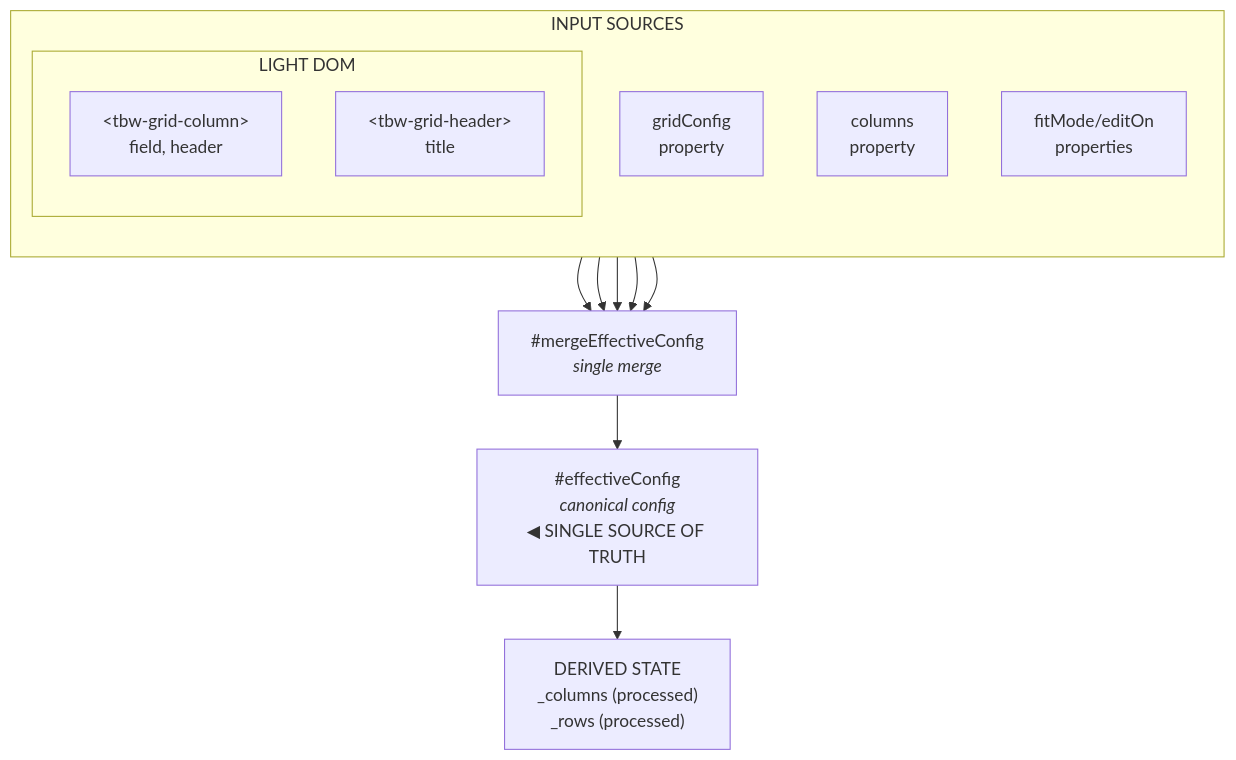
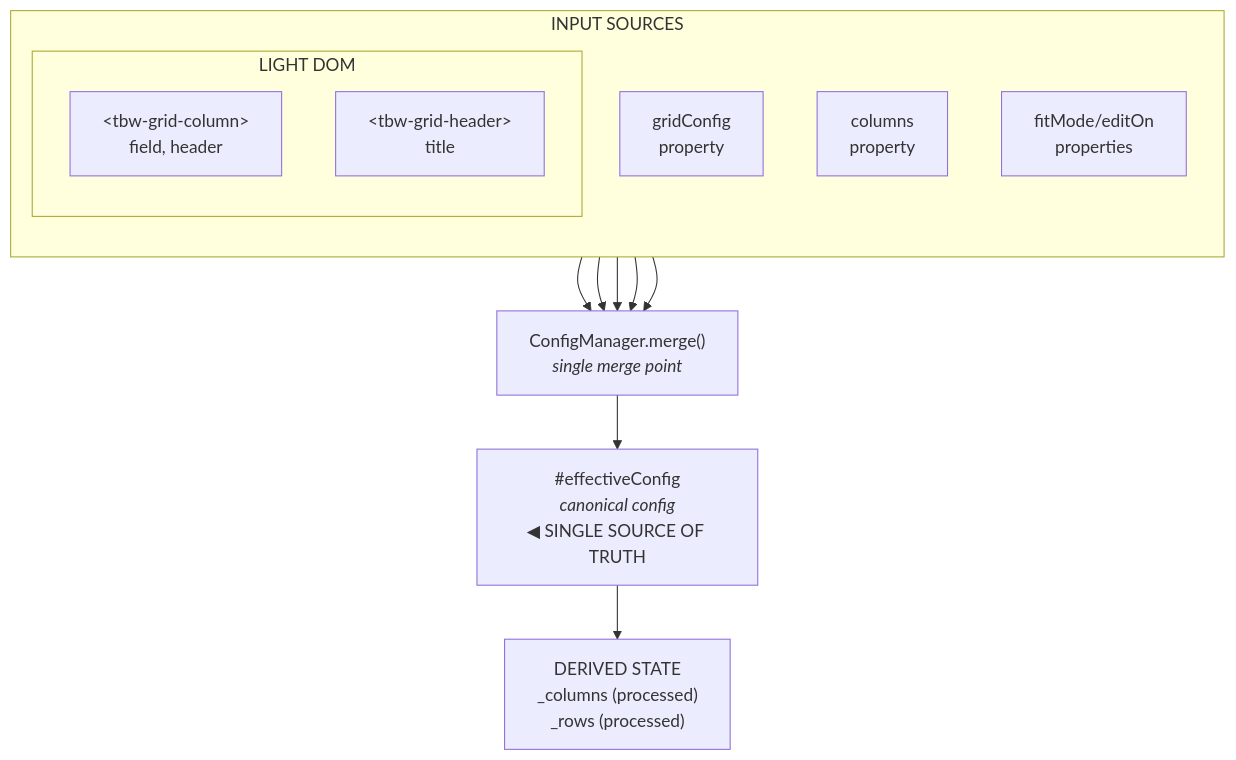
One commit to OysteinAmundsen/toolbox changed the first of 4 diagrams in libs/grid/ARCHITECTURE.md. Above: the diagram before and after it, drawn with Mermaid. The commit also changed other lines of this file and 17 other files, not shown here.

````diff
--- a/libs/grid/ARCHITECTURE.md
+++ b/libs/grid/ARCHITECTURE.md
@@ -67,24 +67,24 @@
 ```mermaid
 flowchart TB
     subgraph inputs["INPUT SOURCES"]
         direction TB
         A["gridConfig<br/>property"]
         B["columns<br/>property"]
         C["fitMode/editOn<br/>properties"]
 
         subgraph lightdom["LIGHT DOM"]
             D["&lt;tbw-grid-column&gt;<br/>field, header"]
             E["&lt;tbw-grid-header&gt;<br/>title"]
         end
     end
 
     A --> F
     B --> F
     C --> F
     D --> F
     E --> F
 
-    F["#mergeEffectiveConfig<br/><i>single merge</i>"]
+    F["ConfigManager.merge()<br/><i>single merge point</i>"]
     F --> G["#effectiveConfig<br/><i>canonical config</i><br/>◀ SINGLE SOURCE OF TRUTH"]
     G --> H["DERIVED STATE<br/>_columns (processed)<br/>_rows (processed)"]
 ```
````
